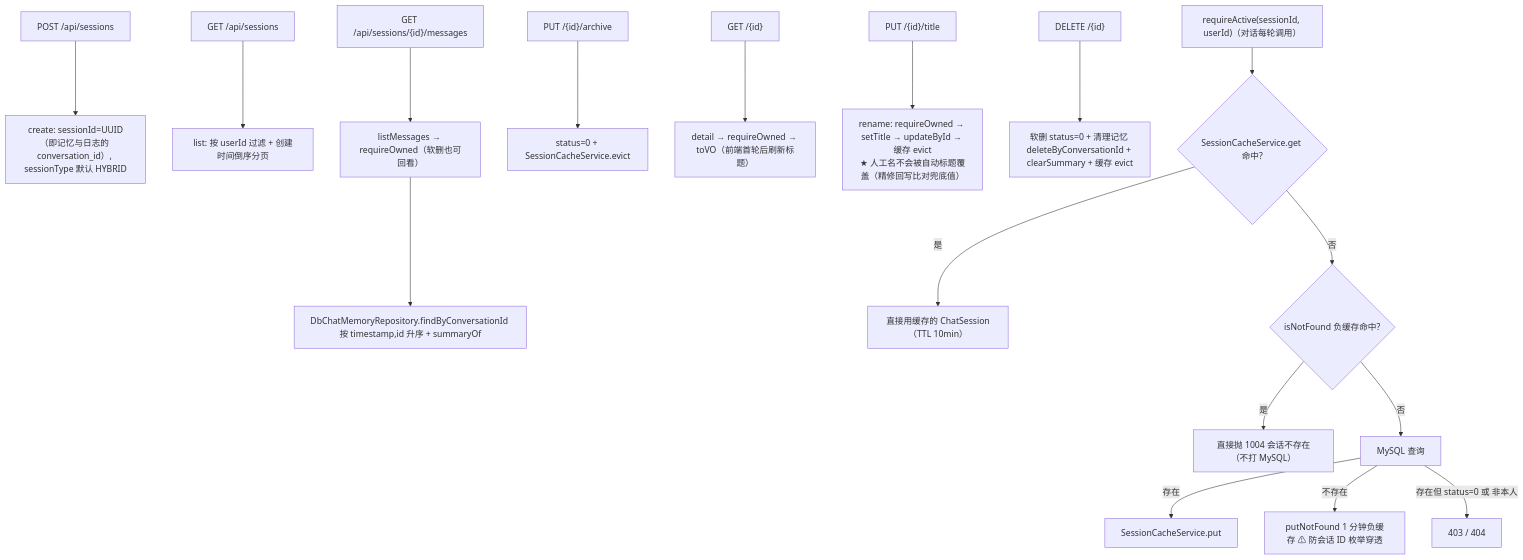
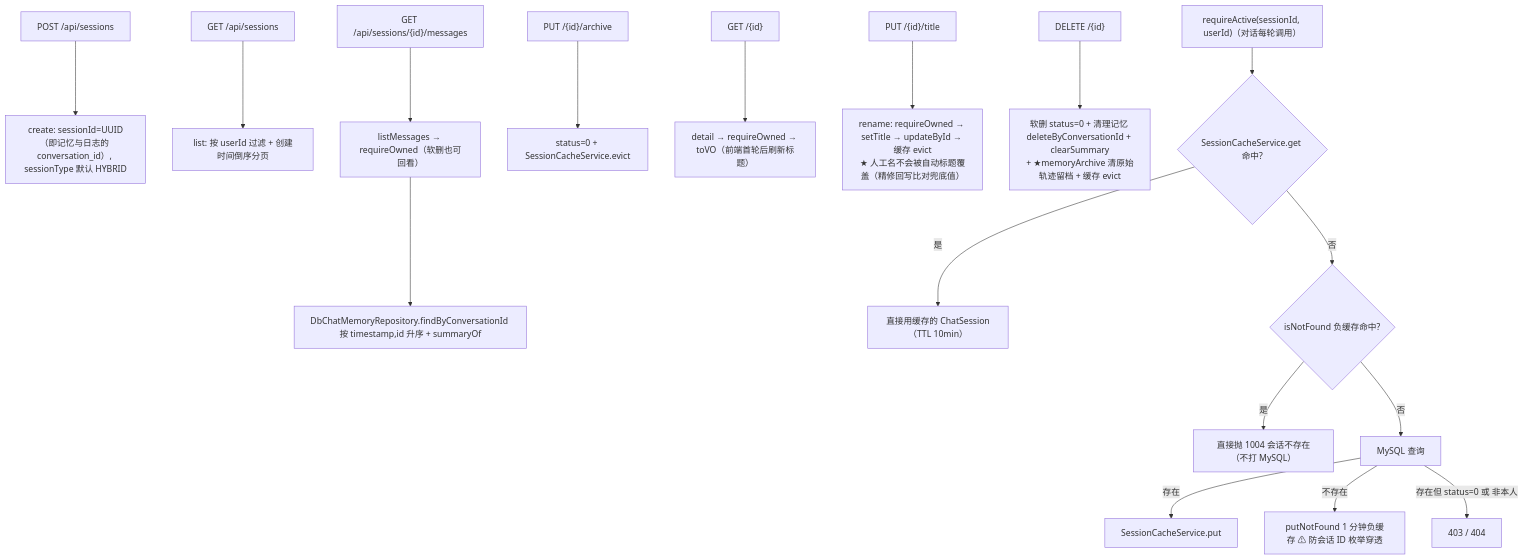
Diagram 16 of 20 in docs/flow-map.md (suiyile02/cc-ai-agent), drawn with Mermaid before and after one commit. The commit also changed other lines of this file and 23 other files, not shown here.

````diff
--- a/docs/flow-map.md
+++ b/docs/flow-map.md
@@ -584,19 +588,19 @@
 ```mermaid
 flowchart TD
     S1["POST /api/sessions"] --> S2["create: sessionId=UUID（即记忆与日志的 conversation_id）, sessionType 默认 HYBRID"]
     L1["GET /api/sessions"] --> L2["list: 按 userId 过滤 + 创建时间倒序分页"]
     M1["GET /api/sessions/{id}/messages"] --> M2["listMessages → requireOwned（软删也可回看）"]
     M2 --> M3["DbChatMemoryRepository.findByConversationId 按 timestamp,id 升序 + summaryOf"]
     A1["PUT /{id}/archive"] --> A2["status=0 + SessionCacheService.evict"]
     E1["GET /{id}"] --> E2["detail → requireOwned → toVO（前端首轮后刷新标题）"]
     N1["PUT /{id}/title"] --> N2["rename: requireOwned → setTitle → updateById → 缓存 evict<br/>★ 人工名不会被自动标题覆盖（精修回写比对兜底值）"]
-    D1["DELETE /{id}"] --> D2["软删 status=0 + 清理记忆 deleteByConversationId + clearSummary + 缓存 evict"]
+    D1["DELETE /{id}"] --> D2["软删 status=0 + 清理记忆 deleteByConversationId + clearSummary<br/>+ ★memoryArchive 清原始轨迹留档 + 缓存 evict"]
     R1["requireActive(sessionId, userId)（对话每轮调用）"] --> R2{"SessionCacheService.get 命中?"}
     R2 -->|是| R3["直接用缓存的 ChatSession（TTL 10min）"]
     R2 -->|否| R4{"isNotFound 负缓存命中?"}
     R4 -->|是| R5["直接抛 1004 会话不存在（不打 MySQL）"]
     R4 -->|否| R6["MySQL 查询"]
     R6 -->|存在| R7["SessionCacheService.put"]
     R6 -->|不存在| R8["putNotFound 1 分钟负缓存 ⚠ 防会话 ID 枚举穿透"]
     R6 -->|存在但 status=0 或 非本人| R9["403 / 404"]
 ```
````
